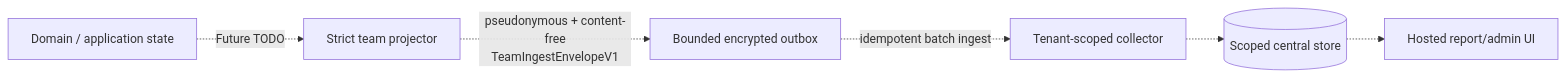
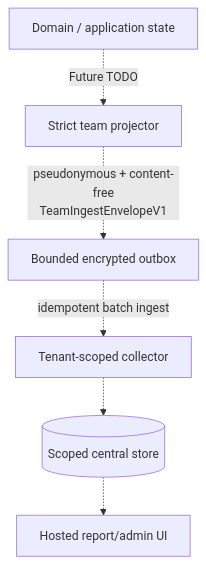
One commit to MCprotein/agent-observability changed the eighth of 8 diagrams in docs/COLLECTION_FLOW.md. Above: the diagram before and after it, drawn with Mermaid. The commit also changed 2 other files, not shown here.

Commit message:
fix: verify LaunchAgent termination state

````diff
--- a/docs/COLLECTION_FLOW.md
+++ b/docs/COLLECTION_FLOW.md
@@ -249,14 +249,14 @@
 ```mermaid
-flowchart LR
+flowchart TB
     Domain["Domain / application state"]
     Projector["Strict team projector"]
     Outbox["Bounded encrypted outbox"]
     Collector["Tenant-scoped collector"]
     Central[("Scoped central store")]
     Hosted["Hosted report/admin UI"]
 
     Domain -.->|Future TODO| Projector
     Projector -.->|pseudonymous + content-free<br/>TeamIngestEnvelopeV1| Outbox
     Outbox -.->|idempotent batch ingest| Collector
     Collector -.-> Central -.-> Hosted
 ```
````
